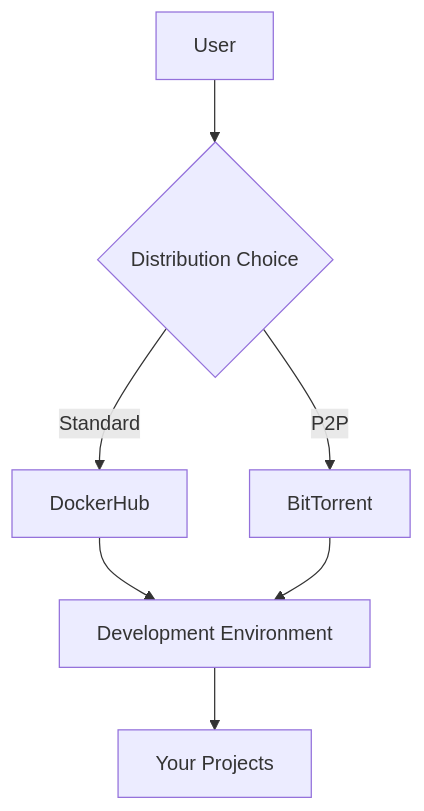
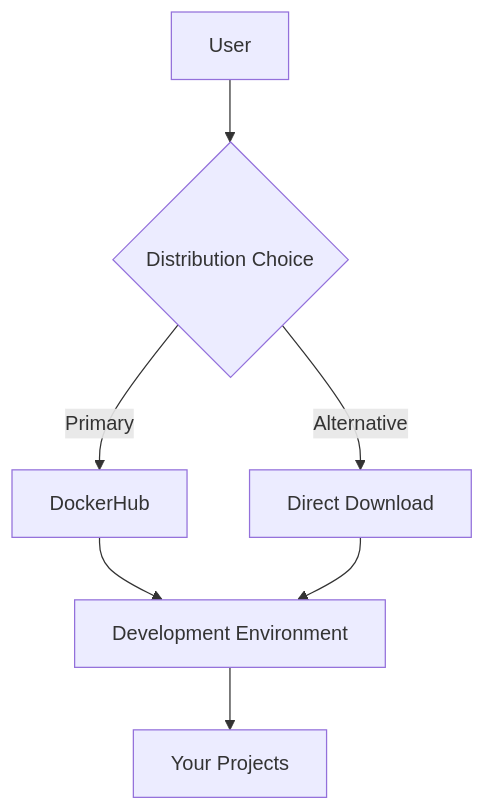
One commit to BA-CalderonMorales/dev-environment changed the first of 2 diagrams in docs/VISUALS.md. Above: the diagram before and after it, drawn with Mermaid. The commit also changed other lines of this file and 35 other files, not shown here.

````diff
--- a/docs/VISUALS.md
+++ b/docs/VISUALS.md
@@ -4,9 +4,9 @@
 ```mermaid
 graph TD
     A[User] --> B{Distribution Choice}
-    B -->|Standard| C[DockerHub]
-    B -->|P2P| D[BitTorrent]
+    B -->|Primary| C[DockerHub]
+    B -->|Alternative| D[Direct Download]
     C --> E[Development Environment]
     D --> E
     E --> F[Your Projects]
 ```
````
